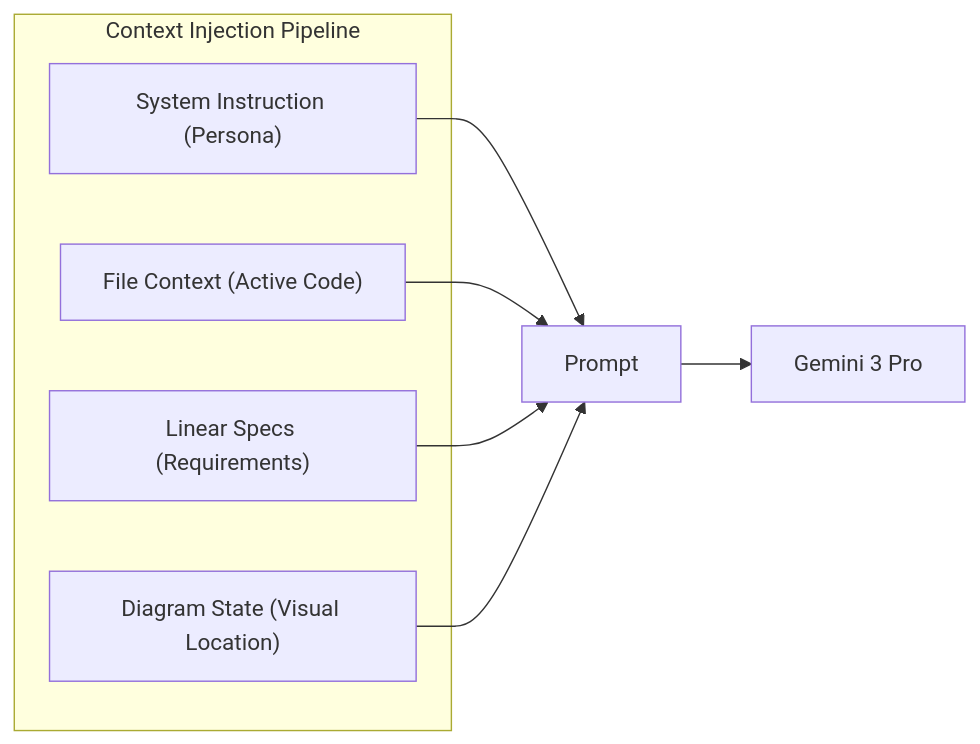
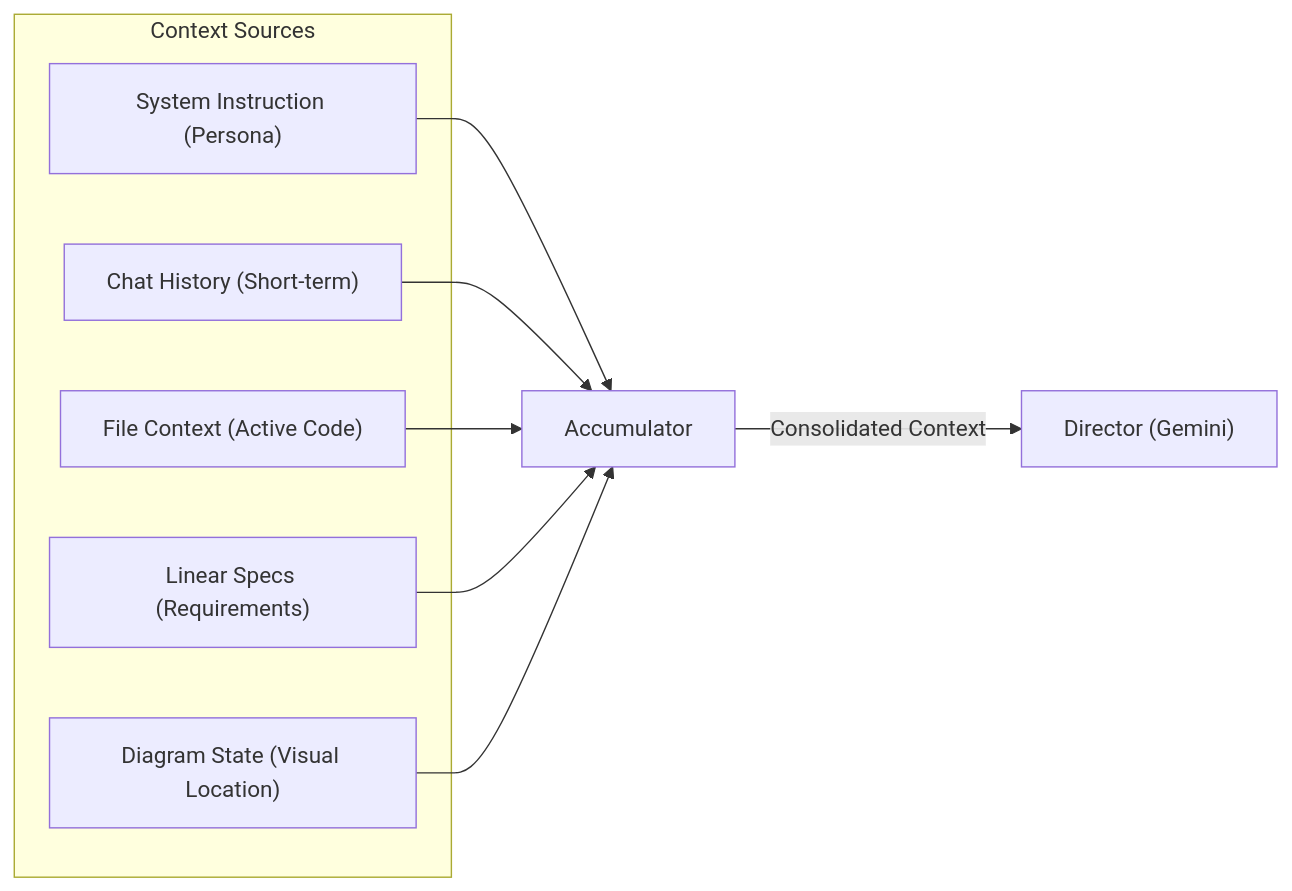
The second of 4 diagrams in docs/ARCHITECTURE.md (thamam/My-Code-Review-Assistant), drawn with Mermaid before and after one commit. The commit also changed other lines of this file, not shown here.

Commit message:
docs: deep dive architecture (director internals, context engine, tools)

````diff
--- a/docs/ARCHITECTURE.md
+++ b/docs/ARCHITECTURE.md
@@ -49,15 +49,13 @@
 ```mermaid
 graph LR
-    subgraph "Context Injection Pipeline"
+    subgraph "Context Sources"
         SI["System Instruction (Persona)"]
+        CH["Chat History (Short-term)"]
         FC["File Context (Active Code)"]
         LS["Linear Specs (Requirements)"]
         DS["Diagram State (Visual Location)"]
     end
     
-    SI --> Prompt
-    FC --> Prompt
-    LS --> Prompt
-    DS --> Prompt
-    Prompt --> Gemini["Gemini 3 Pro"]
+    SI & CH & FC & LS & DS --> Accumulator
+    Accumulator --> |"Consolidated Context"| Director["Director (Gemini)"]
 ```
````
